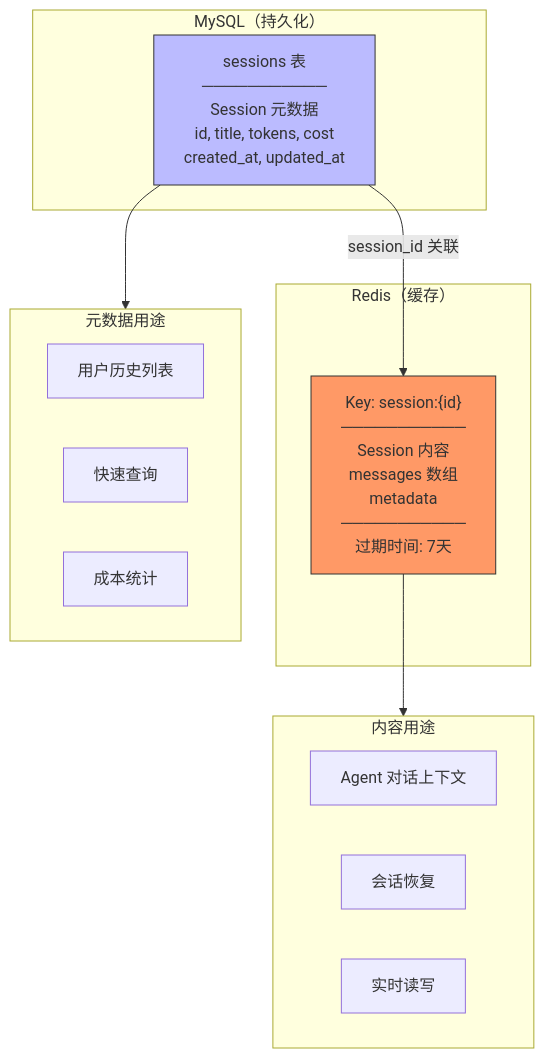
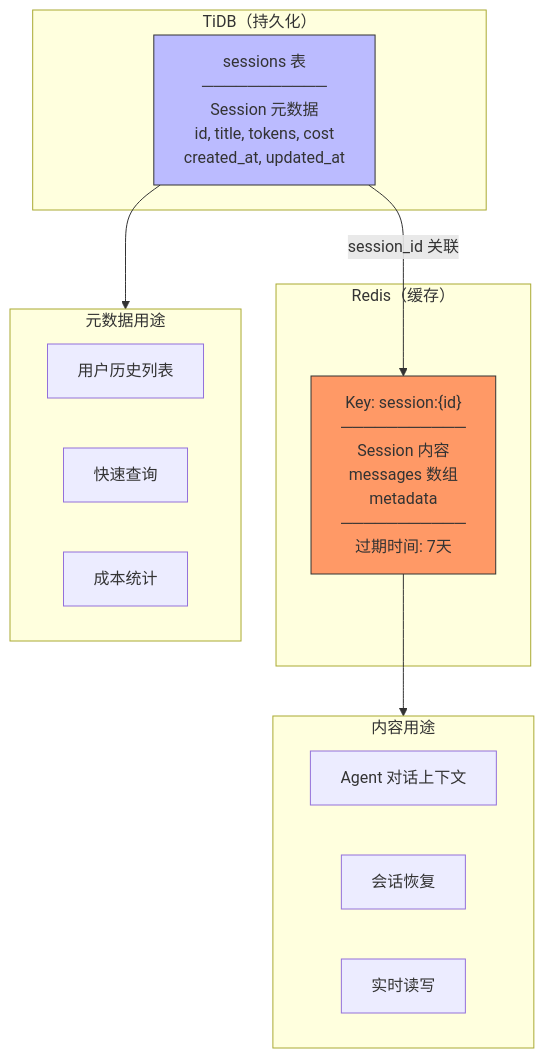
One commit to xiaocaipi/mm-doc changed diagram 20 of 20 in agent/agent_project_design_1.md. Above: the diagram before and after it, drawn with Mermaid. The commit also changed other lines of this file, not shown here.

````diff
--- a/agent/agent_project_design_1.md
+++ b/agent/agent_project_design_1.md
@@ -1852,29 +1852,29 @@
 ```mermaid
 graph TB
-    subgraph MYSQL["MySQL（持久化）"]
+    subgraph TIDB["TiDB（持久化）"]
         M1["sessions 表<br/>───────────<br/>Session 元数据<br/>id, title, tokens, cost<br/>created_at, updated_at"]
     end
     
     subgraph REDIS["Redis（缓存）"]
         R1["Key: session:{id}<br/>───────────<br/>Session 内容<br/>messages 数组<br/>metadata<br/>───────────<br/>过期时间: 7天"]
     end
     
     subgraph USE1["元数据用途"]
         U1["用户历史列表"]
         U2["快速查询"]
         U3["成本统计"]
     end
     
     subgraph USE2["内容用途"]
         U4["Agent 对话上下文"]
         U5["会话恢复"]
         U6["实时读写"]
     end
     
     M1 -->|"session_id 关联"| R1
     M1 --> USE1
     R1 --> USE2
     
     style R1 fill:#f96,stroke:#333
     style M1 fill:#bbf,stroke:#333
 ```
````
